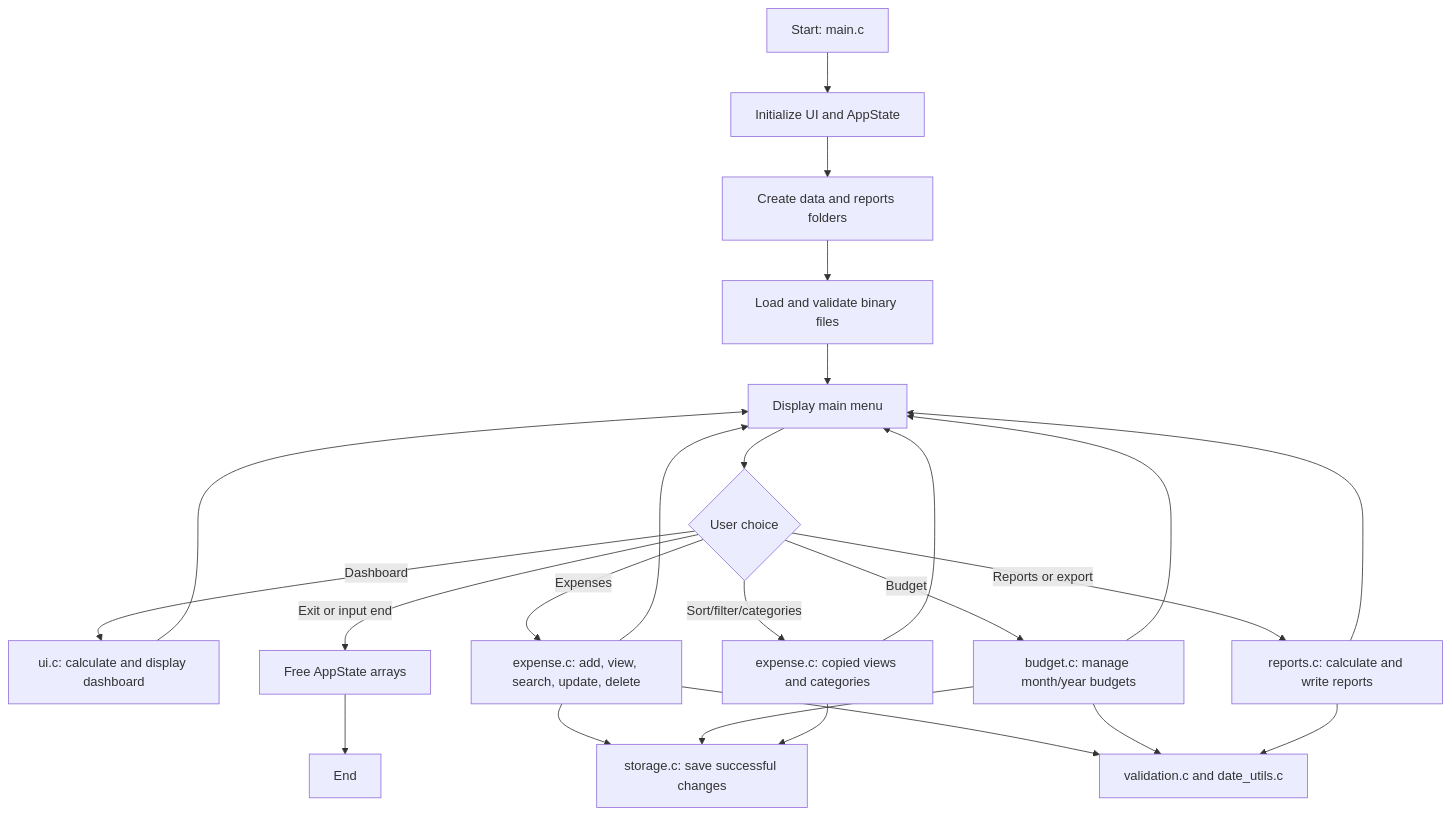
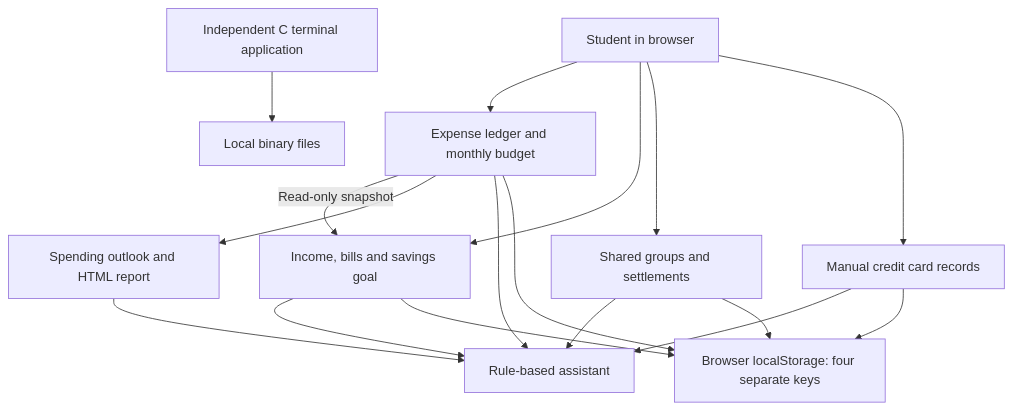
Before and after one commit to divyajyoti019/Student-Expense-Tracker: the diagram in docs/project_report.md, drawn with Mermaid. The commit also changed other lines of this file and 18 other files, not shown here.

First line of the commit message:
Build Campus Ledger student finance dashboard and submission package

````diff
--- a/docs/project_report.md
+++ b/docs/project_report.md
@@ -137,26 +95,19 @@
 ```mermaid
 flowchart TD
-    A[Start: main.c] --> B[Initialize UI and AppState]
-    B --> C[Create data and reports folders]
-    C --> D[Load and validate binary files]
-    D --> E[Display main menu]
-    E --> F{User choice}
-    F -->|Dashboard| G[ui.c: calculate and display dashboard]
-    F -->|Expenses| H[expense.c: add, view, search, update, delete]
-    F -->|Budget| I[budget.c: manage month/year budgets]
-    F -->|Reports or export| J[reports.c: calculate and write reports]
-    F -->|Sort/filter/categories| K[expense.c: copied views and categories]
-    H --> L[validation.c and date_utils.c]
-    I --> L
-    J --> L
-    H --> M[storage.c: save successful changes]
-    I --> M
-    K --> M
-    G --> E
-    H --> E
-    I --> E
-    J --> E
-    K --> E
-    F -->|Exit or input end| N[Free AppState arrays]
-    N --> O[End]
+    U[Student in browser] --> L[Expense ledger and monthly budget]
+    U --> P[Income, bills and savings goal]
+    U --> S[Shared groups and settlements]
+    U --> C[Manual credit card records]
+    L -->|Read-only snapshot| P
+    L --> O[Spending outlook and HTML report]
+    L --> A[Rule-based assistant]
+    P --> A
+    S --> A
+    C --> A
+    O --> A
+    L --> LS[Browser localStorage: four separate keys]
+    P --> LS
+    S --> LS
+    C --> LS
+    T[Independent C terminal application] --> B[Local binary files]
 ```
````
